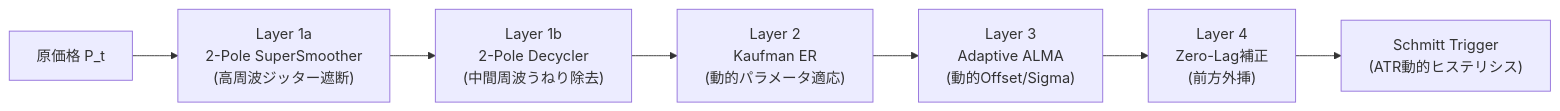
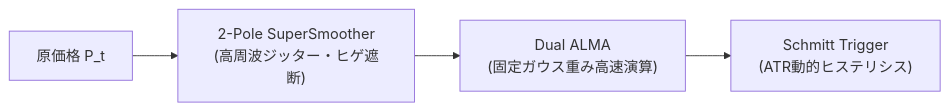
One commit to tomosawa0527-collab/Hybrid_DFA_SmoothedRSI_ALMA changed the second of 2 diagrams in README.md. Above: the diagram before and after it, drawn with Mermaid. The commit also changed other lines of this file and 2 other files, not shown here.

First line of the commit message:
fix(DualALMA): 異常スパイク解消と安定化改修 (v1.6.1)

````diff
--- a/README.md
+++ b/README.md
@@ -100,9 +100,6 @@
 ```mermaid
 flowchart LR
-    A["原価格 P_t"] --> B["Layer 1a<br/>2-Pole SuperSmoother<br/>(高周波ジッター遮断)"]
-    B --> C["Layer 1b<br/>2-Pole Decycler<br/>(中間周波うねり除去)"]
-    C --> D["Layer 2<br/>Kaufman ER<br/>(動的パラメータ適応)"]
-    D --> E["Layer 3<br/>Adaptive ALMA<br/>(動的Offset/Sigma)"]
-    E --> F["Layer 4<br/>Zero-Lag補正<br/>(前方外挿)"]
-    F --> G["Schmitt Trigger<br/>(ATR動的ヒステリシス)"]
+    A["原価格 P_t"] --> B["2-Pole SuperSmoother<br/>(高周波ジッター・ヒゲ遮断)"]
+    B --> C["Dual ALMA<br/>(固定ガウス重み高速演算)"]
+    C --> D["Schmitt Trigger<br/>(ATR動的ヒステリシス)"]
 ```
````
